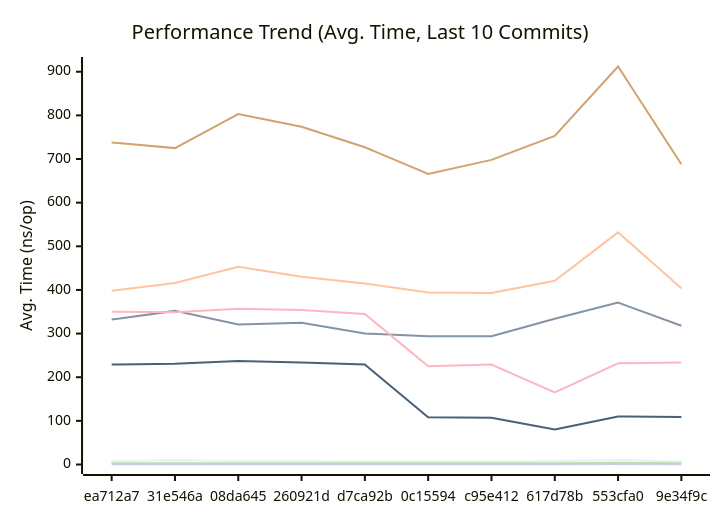
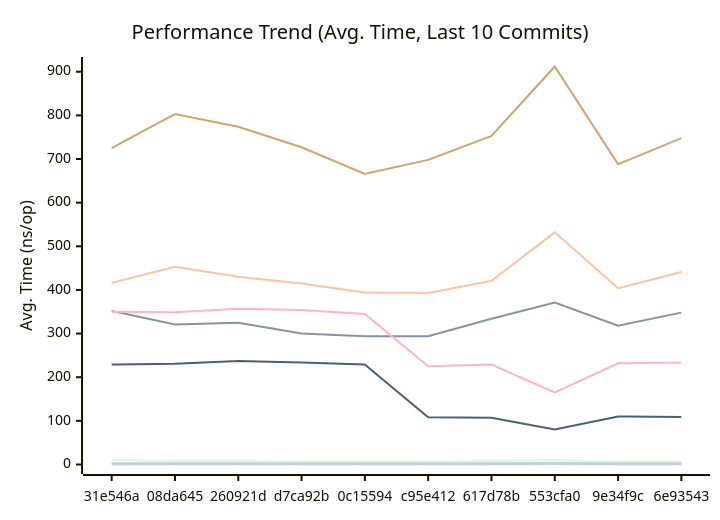
One commit to alsotoes/momo changed the first of 3 diagrams in docs/PERFORMANCE.md. Above: the diagram before and after it, drawn with Mermaid. The commit also changed other lines of this file and 34 other files, not shown here.

````diff
--- a/docs/PERFORMANCE.md
+++ b/docs/PERFORMANCE.md
@@ -80,16 +80,16 @@
 ```mermaid
 xychart-beta
     title "Performance Trend (Avg. Time, Last 10 Commits)"
     x-axis "Commit"
     y-axis "Avg. Time (ns/op)"
-    x-axis [ea712a7,31e546a,08da645,260921d,d7ca92b,0c15594,c95e412,617d78b,553cfa0,9e34f9c]
-    line "CheckMetricsAndSwap" [8,10,8,8,7,7,7,8,10,7]
-    line "CrushOptimized" [332,352,321,325,300,294,294,334,371,318]
-    line "CrushOriginal" [398,416,453,430,415,394,393,421,532,404]
-    line "IndexDirectTracking" [0,0,0,0,0,0,0,0,1,0]
-    line "IndexSearch" [3,3,3,3,3,3,3,3,4,3]
-    line "LoadGlobalConfig" [738,725,803,774,727,666,698,753,912,688]
+    x-axis [31e546a,08da645,260921d,d7ca92b,0c15594,c95e412,617d78b,553cfa0,9e34f9c,6e93543]
+    line "CheckMetricsAndSwap" [10,8,8,7,7,7,8,10,7,7]
+    line "CrushOptimized" [352,321,325,300,294,294,334,371,318,348]
+    line "CrushOriginal" [416,453,430,415,394,393,421,532,404,441]
+    line "IndexDirectTracking" [0,0,0,0,0,0,0,1,0,0]
+    line "IndexSearch" [3,3,3,3,3,3,3,4,3,3]
+    line "LoadGlobalConfig" [725,803,774,727,666,698,753,912,688,748]
     line "PadString" [2,2,2,2,2,2,2,2,2,2]
     line "ParseReplicationOrder_NoPrealloc" [350,349,357,354,345,225,229,165,232,234]
     line "ParseReplicationOrder_Prealloc" [229,231,237,234,229,108,107,80,110,109]
 ```
````
